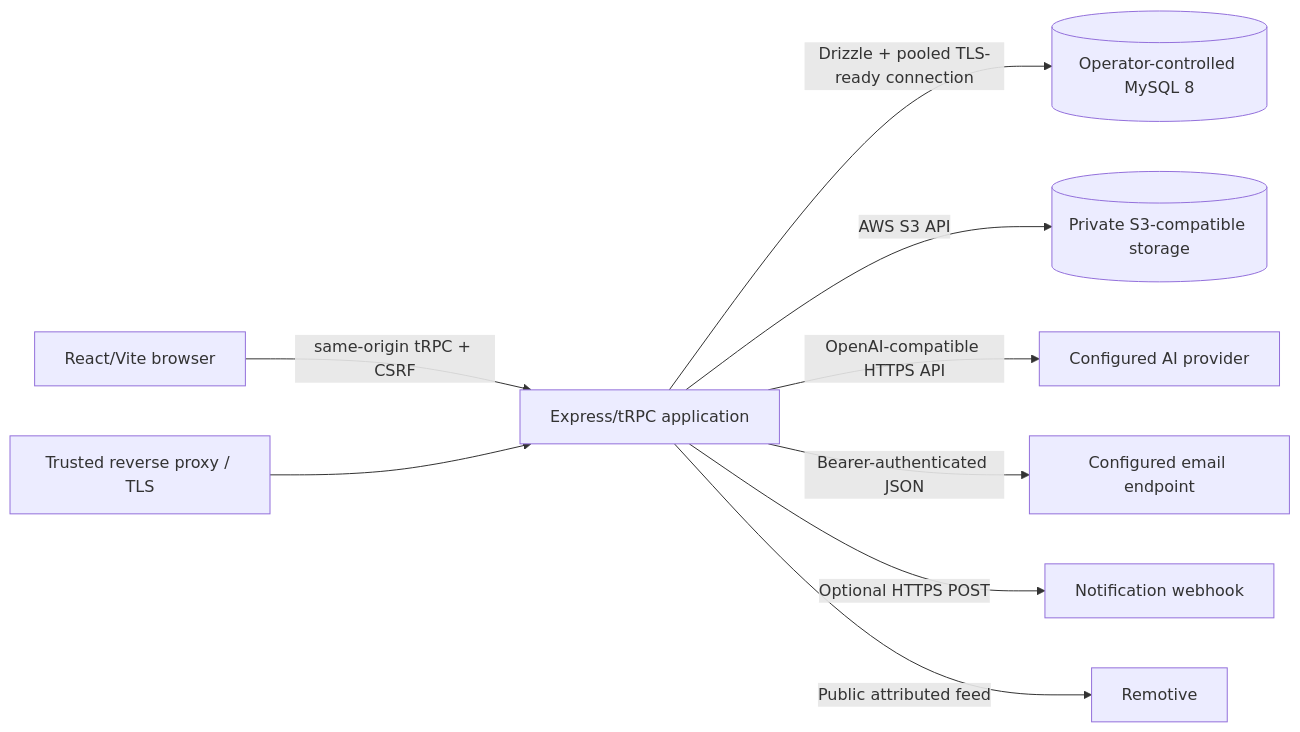
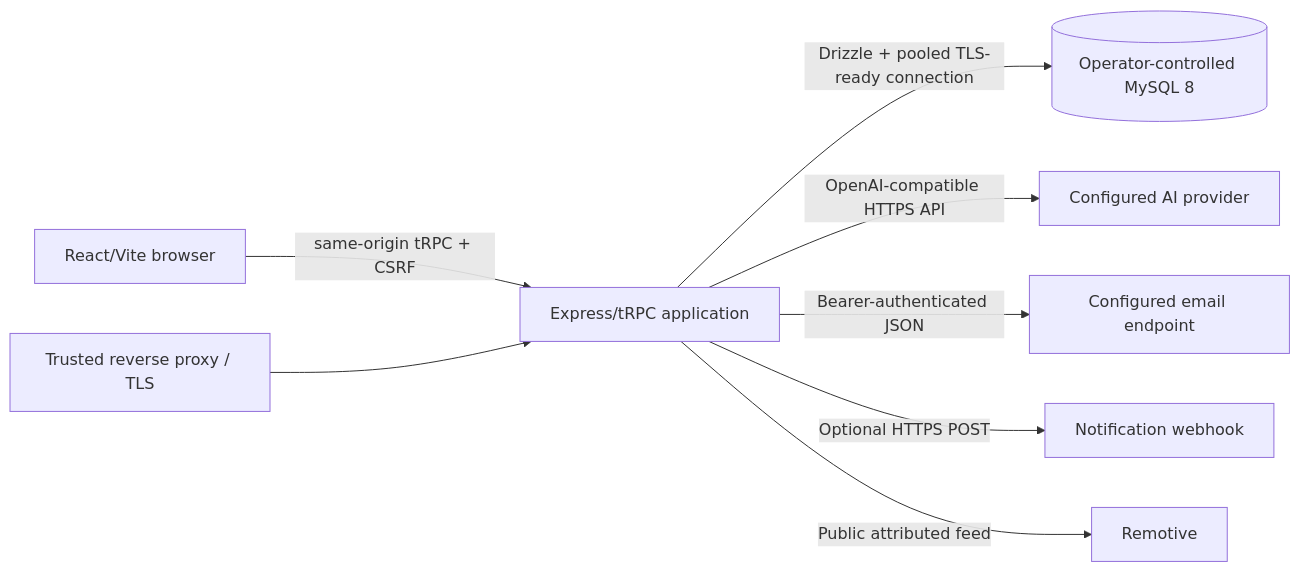
Before and after one commit to Pulkit0719/uptrail-v2: the diagram in INDEPENDENCE_VERIFICATION.md, drawn with Mermaid. The commit also changed other lines of this file and 26 other files, not shown here.

````diff
--- a/INDEPENDENCE_VERIFICATION.md
+++ b/INDEPENDENCE_VERIFICATION.md
@@ -5,11 +5,10 @@
 ```mermaid
 flowchart LR
   B[React/Vite browser] -->|same-origin tRPC + CSRF| A[Express/tRPC application]
   A -->|Drizzle + pooled TLS-ready connection| D[(Operator-controlled MySQL 8)]
-  A -->|AWS S3 API| S[(Private S3-compatible storage)]
   A -->|OpenAI-compatible HTTPS API| AI[Configured AI provider]
   A -->|Bearer-authenticated JSON| E[Configured email endpoint]
   A -->|Optional HTTPS POST| N[Notification webhook]
   A -->|Public attributed feed| R[Remotive]
   P[Trusted reverse proxy / TLS] --> A
 ```
````
